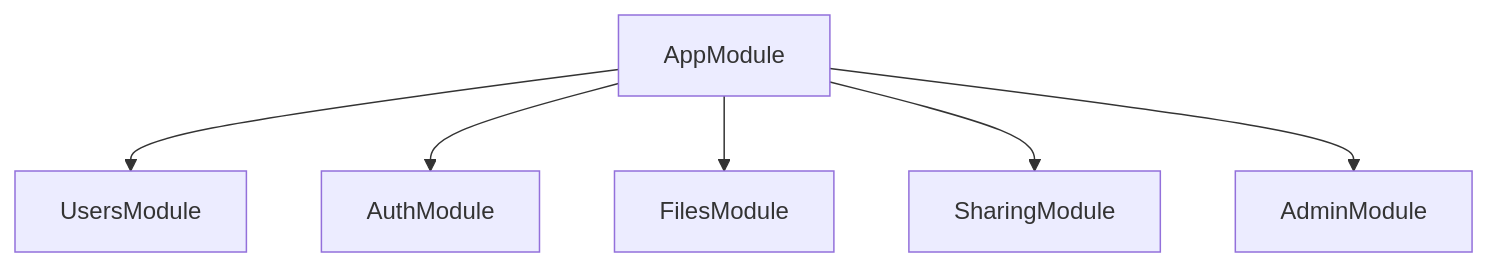
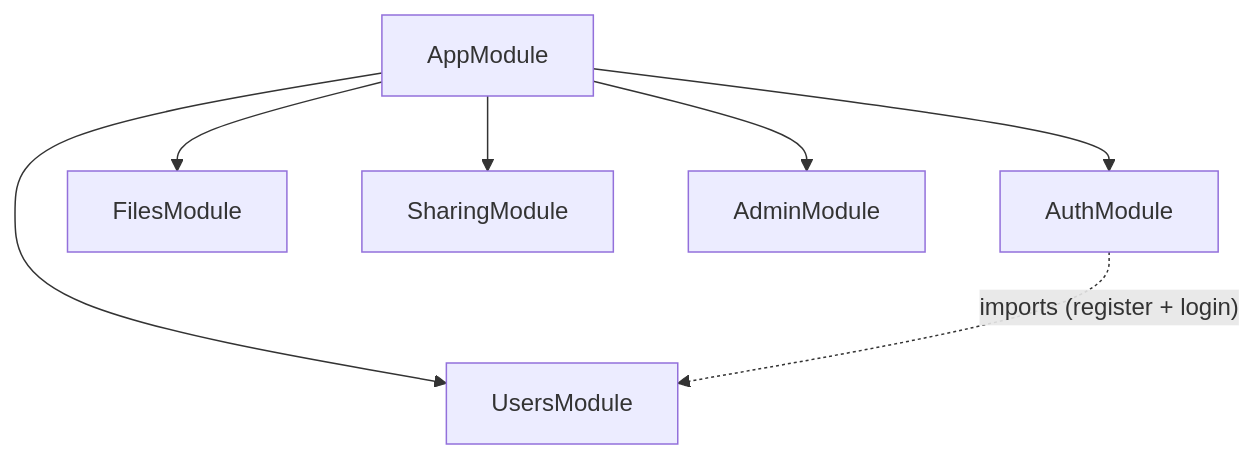
Before and after one commit to KLJr-Dev/KC-Project: the fifth of 5 diagrams in docs/architecture/ARCHITECTURE.md, drawn with Mermaid. The commit also changed other lines of this file and 4 other files, not shown here.

First line of the commit message:
docs: add v0.1.x auth flow documentation and update architecture

````diff
--- a/docs/architecture/ARCHITECTURE.md
+++ b/docs/architecture/ARCHITECTURE.md
@@ -186,15 +203,17 @@
 ```mermaid
 graph TD
     AppModule["AppModule"]
     UsersModule["UsersModule"]
     AuthModule["AuthModule"]
     FilesModule["FilesModule"]
     SharingModule["SharingModule"]
     AdminModule["AdminModule"]
 
     AppModule --> UsersModule
     AppModule --> AuthModule
     AppModule --> FilesModule
     AppModule --> SharingModule
     AppModule --> AdminModule
+
+    AuthModule -.->|"imports (register + login)"| UsersModule
 ```
````
